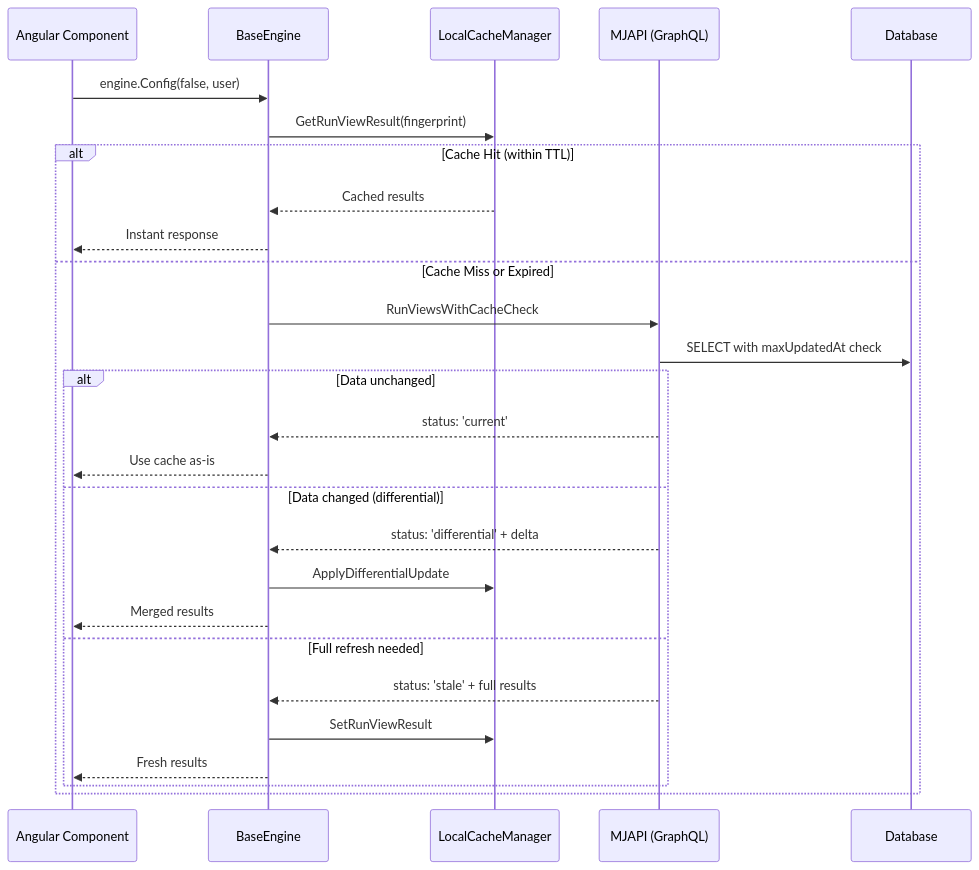
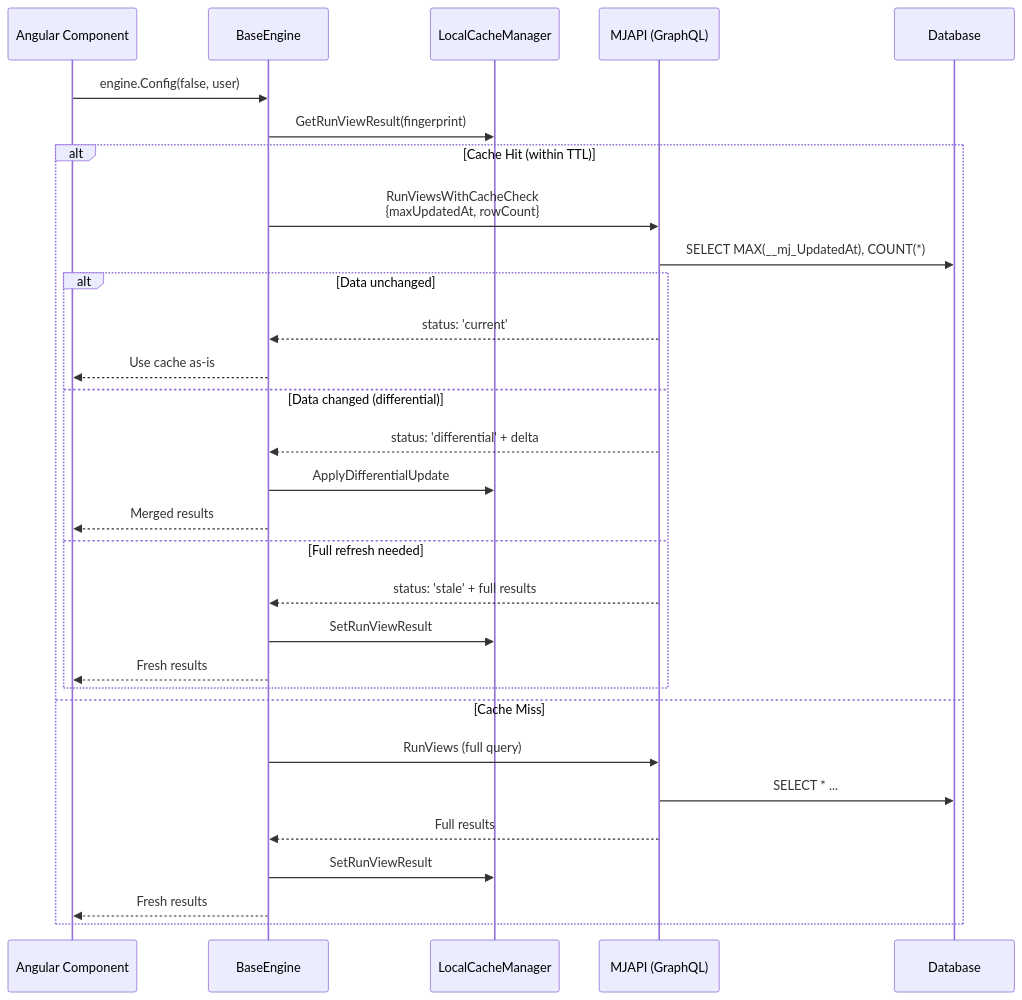
Before and after one commit to MemberJunction/MJ: the ninth of 16 diagrams in guides/CACHING_AND_PUBSUB_GUIDE.md, drawn with Mermaid. The commit also changed other lines of this file, not shown here.

First line of the commit message:
Document server-side vs client-side cache trust behavior in caching guide

````diff
--- a/guides/CACHING_AND_PUBSUB_GUIDE.md
+++ b/guides/CACHING_AND_PUBSUB_GUIDE.md
@@ -712,32 +765,35 @@
 ```mermaid
 sequenceDiagram
     participant UI as Angular Component
     participant Engine as BaseEngine
     participant LCM as LocalCacheManager
     participant Server as MJAPI (GraphQL)
     participant DB as Database
 
     UI->>Engine: engine.Config(false, user)
     Engine->>LCM: GetRunViewResult(fingerprint)
 
     alt Cache Hit (within TTL)
-        LCM-->>Engine: Cached results
-        Engine-->>UI: Instant response
-    else Cache Miss or Expired
-        Engine->>Server: RunViewsWithCacheCheck
-        Server->>DB: SELECT with maxUpdatedAt check
+        Engine->>Server: RunViewsWithCacheCheck<br/>{maxUpdatedAt, rowCount}
+        Server->>DB: SELECT MAX(__mj_UpdatedAt), COUNT(*)
 
         alt Data unchanged
             Server-->>Engine: status: 'current'
             Engine-->>UI: Use cache as-is
         else Data changed (differential)
             Server-->>Engine: status: 'differential' + delta
             Engine->>LCM: ApplyDifferentialUpdate
             Engine-->>UI: Merged results
         else Full refresh needed
             Server-->>Engine: status: 'stale' + full results
             Engine->>LCM: SetRunViewResult
             Engine-->>UI: Fresh results
         end
+    else Cache Miss
+        Engine->>Server: RunViews (full query)
+        Server->>DB: SELECT * ...
+        Server-->>Engine: Full results
+        Engine->>LCM: SetRunViewResult
+        Engine-->>UI: Fresh results
     end
 ```
````
